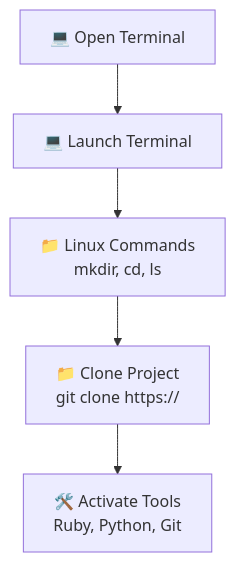
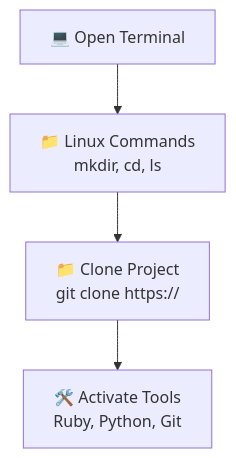
One commit to Open-Coding-Society/pages changed the diagram in _posts/Foundation/B-tools_and_equipment/2025-04-15-tools_setup-linux.md. Above: the diagram before and after it, drawn with Mermaid. The commit also changed 4 other files, not shown here.

````diff
--- a/_posts/Foundation/B-tools_and_equipment/2025-04-15-tools_setup-linux.md
+++ b/_posts/Foundation/B-tools_and_equipment/2025-04-15-tools_setup-linux.md
@@ -20,10 +20,9 @@
 ```mermaid
 flowchart TD
     A["💻 Open Terminal"] 
-    A1["💻 Launch Terminal"]
     B["📁 Linux Commands<br>mkdir, cd, ls"]
     C["📁 Clone Project<br>git clone https://<your-repo>"]
     D["🛠️ Activate Tools<br>Ruby, Python, Git"]
 
-    A --> A1 --> B --> C --> D 
+    A --> B --> C --> D 
 ```
````
